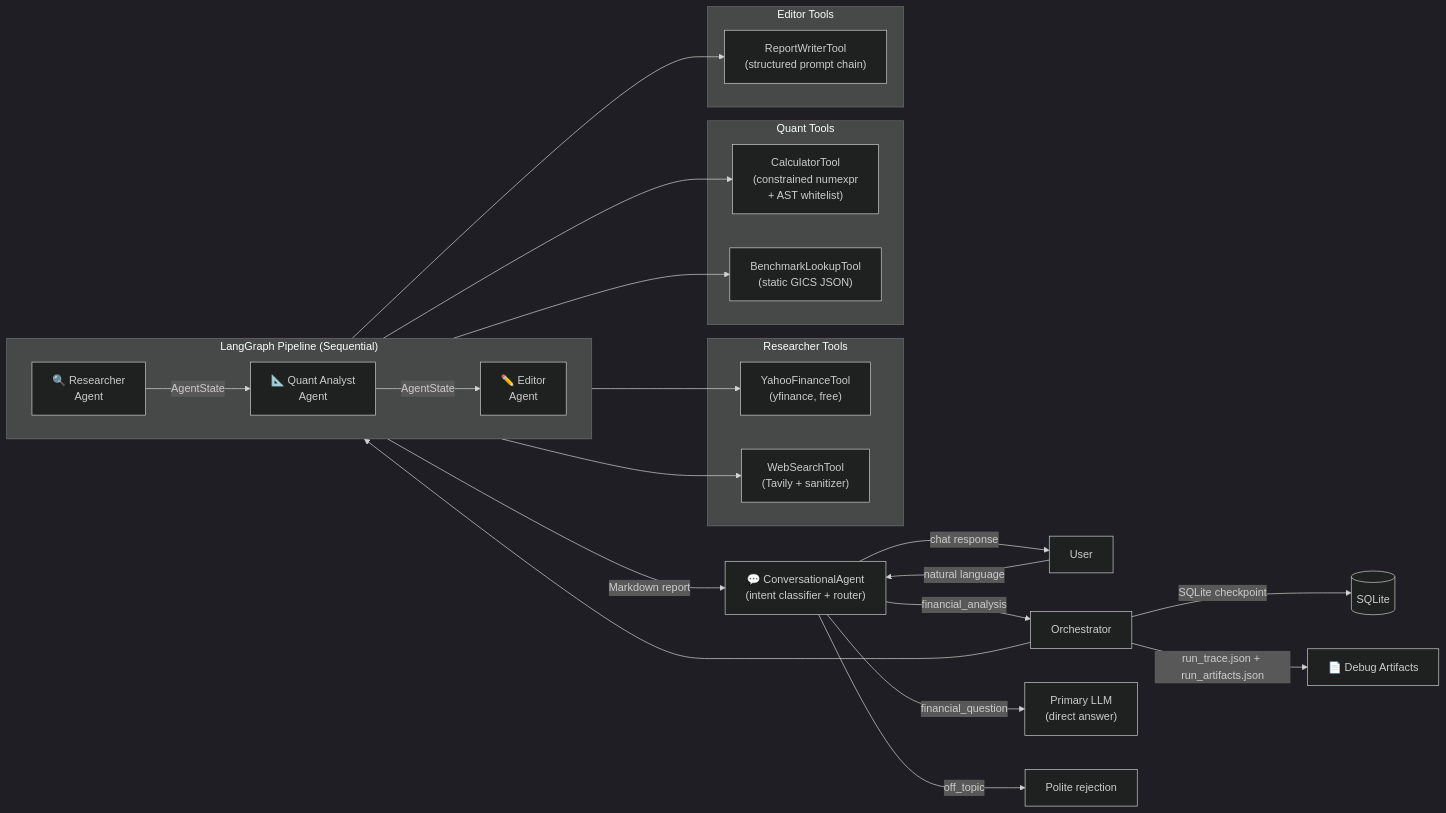
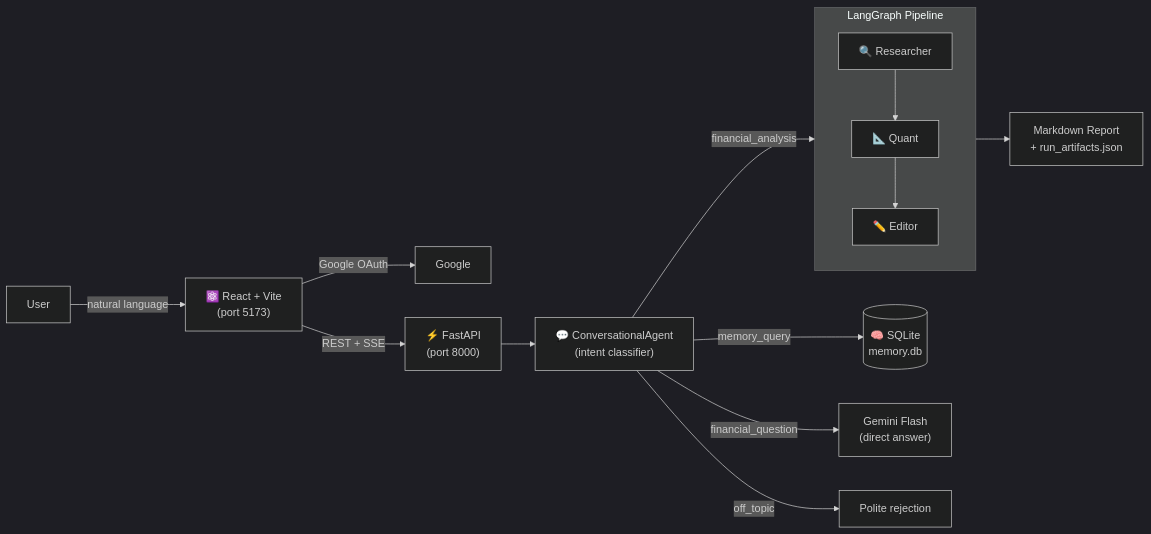
Before and after one commit to MTawhid7/ai-financial-analysis-agent: the diagram in README.md, drawn with Mermaid (dark theme). The commit also changed other lines of this file and 16 other files, not shown here.

````diff
--- a/README.md
+++ b/README.md
@@ -13,40 +19,18 @@
 ```mermaid
 flowchart LR
-    User -->|natural language| CA["💬 ConversationalAgent\n(intent classifier + router)"]
+    User -->|natural language| React["⚛️ React + Vite\n(port 5173)"]
+    React -->|Google OAuth| Google[Google]
+    React -->|REST + SSE| API["⚡ FastAPI\n(port 8000)"]
+    API --> CA["💬 ConversationalAgent\n(intent classifier)"]
 
-    CA -->|financial_analysis| Orchestrator
-    CA -->|financial_question| LLM["Primary LLM\n(direct answer)"]
+    CA -->|financial_analysis| Pipeline
+    CA -->|memory_query| Memory[("🧠 SQLite\nmemory.db")]
+    CA -->|financial_question| LLM["Gemini Flash\n(direct answer)"]
     CA -->|off_topic| Reject["Polite rejection"]
 
-    subgraph Pipeline ["LangGraph Pipeline (Sequential)"]
-        direction LR
-        R["🔍 Researcher\nAgent"]
-        Q["📐 Quant Analyst\nAgent"]
-        E["✏️ Editor\nAgent"]
-        R -->|AgentState| Q -->|AgentState| E
+    subgraph Pipeline ["LangGraph Pipeline"]
+        R["🔍 Researcher"] --> Q["📐 Quant"] --> E["✏️ Editor"]
     end
 
-    Orchestrator --> R
-
-    subgraph ResearcherTools ["Researcher Tools"]
-        YF["YahooFinanceTool\n(yfinance, free)"]
-        WS["WebSearchTool\n(Tavily + sanitizer)"]
-    end
-
-    subgraph QuantTools ["Quant Tools"]
-        CALC["CalculatorTool\n(constrained numexpr\n+ AST whitelist)"]
-        BL["BenchmarkLookupTool\n(static GICS JSON)"]
-    end
-
-    subgraph EditorTools ["Editor Tools"]
-        RW["ReportWriterTool\n(structured prompt chain)"]
-    end
-
-    R --> YF & WS
-    Q --> CALC & BL
-    E --> RW
-
-    E -->|Markdown report| CA -->|chat response| User
-    Orchestrator -->|SQLite checkpoint| DB[(SQLite)]
-    Orchestrator -->|run_trace.json + run_artifacts.json| Trace[📄 Debug Artifacts]
+    Pipeline --> Report["Markdown Report\n+ run_artifacts.json"]
 ```
````
